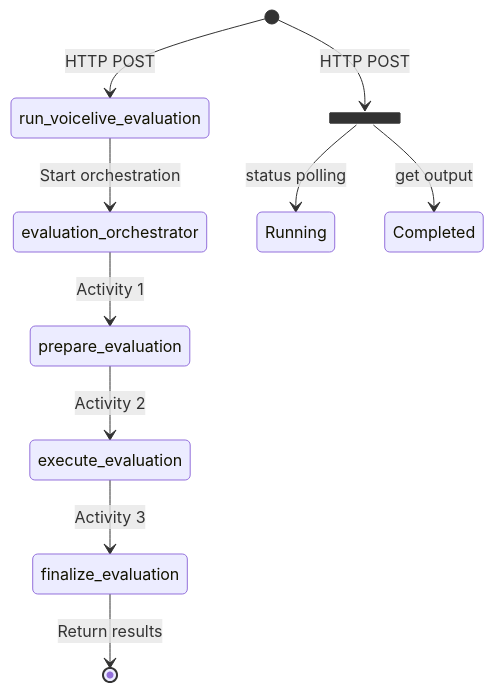
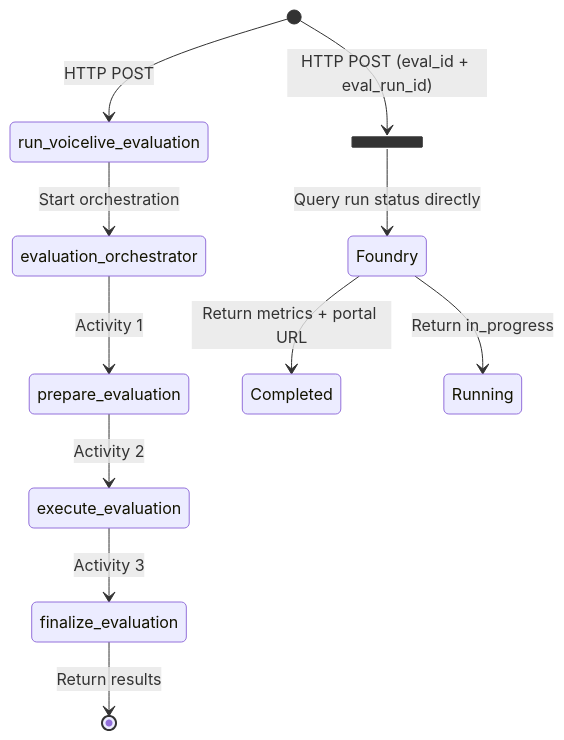
The tenth of 18 diagrams in evaluation_agent/ARCHITECTURE.md (microsoft-foundry/voicelive-evaluation), drawn with Mermaid before and after one commit. The commit also changed other lines of this file and 4 other files, not shown here.

````diff
--- a/evaluation_agent/ARCHITECTURE.md
+++ b/evaluation_agent/ARCHITECTURE.md
@@ -526,14 +526,15 @@
 ```mermaid
 stateDiagram-v2
     [*] --> run_voicelive_evaluation: HTTP POST
     run_voicelive_evaluation --> evaluation_orchestrator: Start orchestration
     evaluation_orchestrator --> prepare_evaluation: Activity 1
     prepare_evaluation --> execute_evaluation: Activity 2
     execute_evaluation --> finalize_evaluation: Activity 3
     finalize_evaluation --> [*]: Return results
     
     state check_status <<fork>>
-    [*] --> check_status: HTTP POST
-    check_status --> Running: status polling
-    check_status --> Completed: get output
+    [*] --> check_status: HTTP POST (eval_id + eval_run_id)
+    check_status --> Foundry: Query run status directly
+    Foundry --> Completed: Return metrics + portal URL
+    Foundry --> Running: Return in_progress
 ```
````
